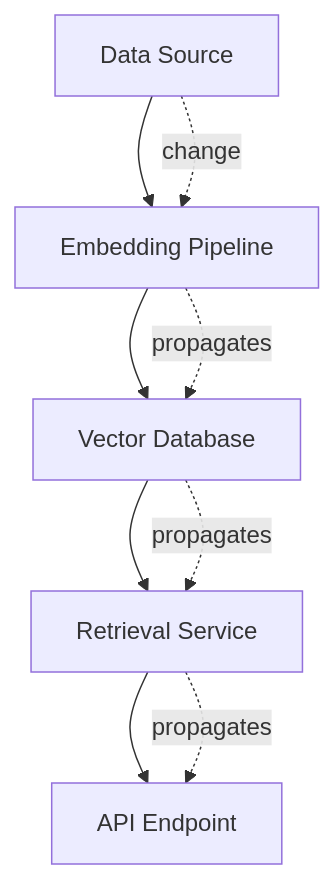
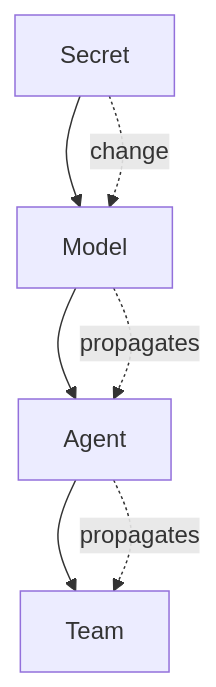
One commit to pragmatiks/pragma-docs changed the diagram in concepts/reactive-dependencies.mdx. Above: the diagram before and after it, drawn with Mermaid. The commit also changed other lines of this file and 36 other files, not shown here.

````diff
--- a/concepts/reactive-dependencies.mdx
+++ b/concepts/reactive-dependencies.mdx
@@ -8,12 +8,10 @@
 ```mermaid
 graph TD
-    A[Data Source] --> B[Embedding Pipeline]
-    B --> C[Vector Database]
-    C --> D[Retrieval Service]
-    D --> E[API Endpoint]
+    A[Secret] --> B[Model]
+    B --> C[Agent]
+    C --> D[Team]
 
     A -. "change" .-> B
     B -. "propagates" .-> C
     C -. "propagates" .-> D
-    D -. "propagates" .-> E
 ```
````
